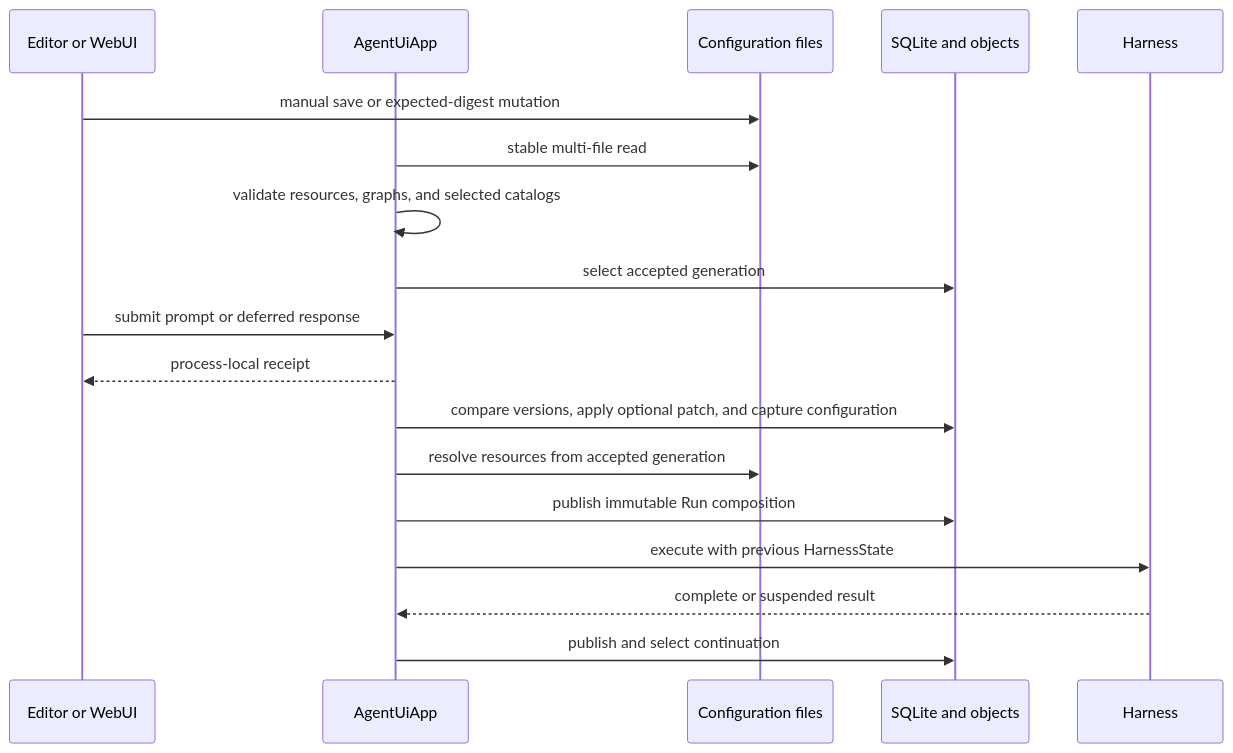
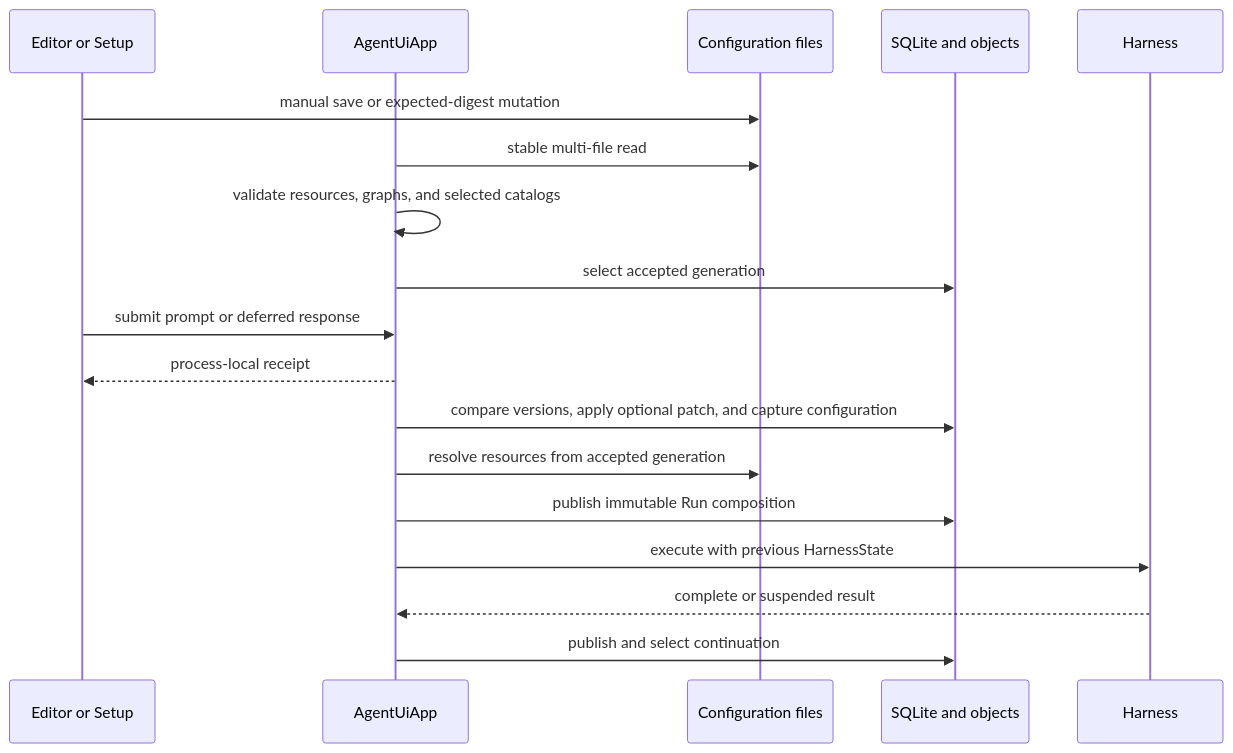
Before and after one commit to converge-ai-labs/agent-foundation: the second of 3 diagrams in spec/agent-ui/00-overview.md, drawn with Mermaid. The commit also changed other lines of this file and 142 other files, not shown here.

````diff
--- a/spec/agent-ui/00-overview.md
+++ b/spec/agent-ui/00-overview.md
@@ -78,21 +78,21 @@
 ```mermaid
 sequenceDiagram
-    participant Editor as Editor or WebUI
+    participant Editor as Editor or Setup
     participant App as AgentUiApp
     participant Files as Configuration files
     participant Store as SQLite and objects
     participant Harness
 
     Editor->>Files: manual save or expected-digest mutation
     App->>Files: stable multi-file read
     App->>App: validate resources, graphs, and selected catalogs
     App->>Store: select accepted generation
     Editor->>App: submit prompt or deferred response
     App-->>Editor: process-local receipt
     App->>Store: compare versions, apply optional patch, and capture configuration
     App->>Files: resolve resources from accepted generation
     App->>Store: publish immutable Run composition
     App->>Harness: execute with previous HarnessState
     Harness-->>App: complete or suspended result
     App->>Store: publish and select continuation
 ```
````
